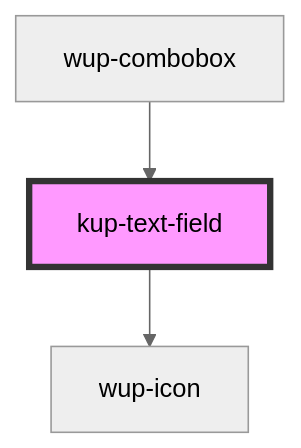
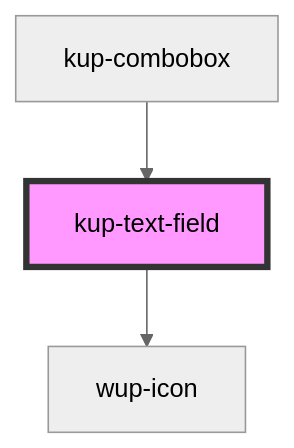
Before and after one commit to smeup/ketchup: the diagram in packages/ketchup/src/components/kup-text-field/readme.md, drawn with Mermaid (neutral theme). The commit also changed other lines of this file and 13 other files, not shown here.

Commit message:
Combobox from wup to kup and used in FLD.

````diff
--- a/packages/ketchup/src/components/kup-text-field/readme.md
+++ b/packages/ketchup/src/components/kup-text-field/readme.md
@@ -52,6 +52,6 @@
 ```mermaid
 graph TD;
   kup-text-field --> wup-icon
-  wup-combobox --> kup-text-field
+  kup-combobox --> kup-text-field
   style kup-text-field fill:#f9f,stroke:#333,stroke-width:4px
 ```
````
